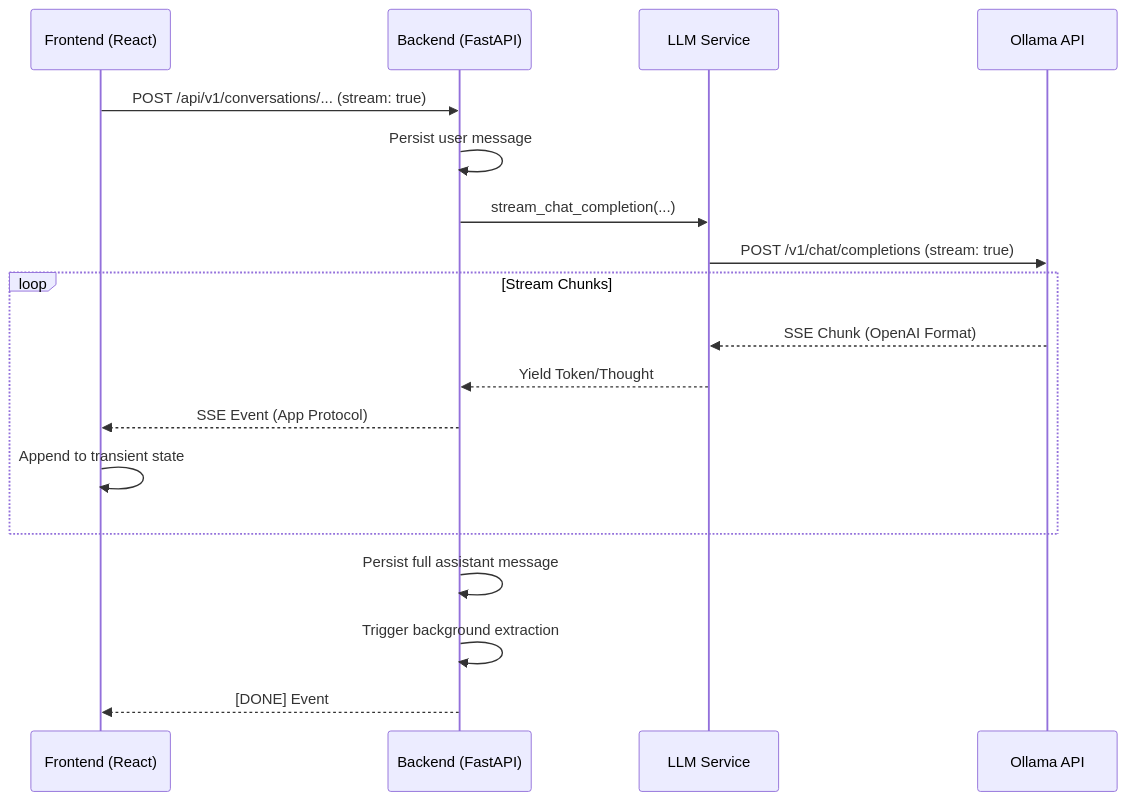
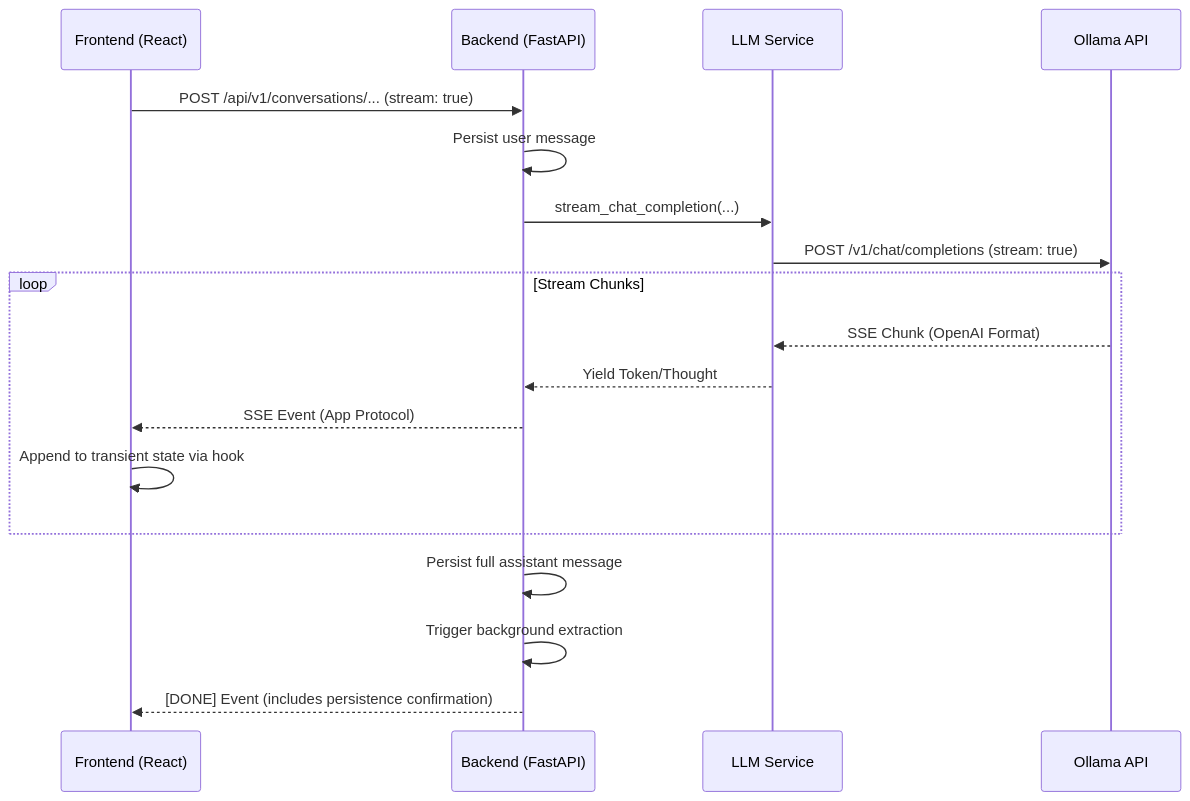
One commit to sjlangley/family-assistant changed the diagram in docs/STREAMING_RESPONSES_PRD.md. Above: the diagram before and after it, drawn with Mermaid. The commit also changed other lines of this file, not shown here.

Commit message:
docs: finalized technical flow and refined rollout plan in Streaming PRD

````diff
--- a/docs/STREAMING_RESPONSES_PRD.md
+++ b/docs/STREAMING_RESPONSES_PRD.md
@@ -183,23 +182,23 @@
 ```mermaid
 sequenceDiagram
     participant UI as Frontend (React)
     participant BE as Backend (FastAPI)
     participant LLM as LLM Service
     participant OLL as Ollama API
 
     UI->>BE: POST /api/v1/conversations/... (stream: true)
     BE->>BE: Persist user message
     BE->>LLM: stream_chat_completion(...)
     LLM->>OLL: POST /v1/chat/completions (stream: true)
     
     loop Stream Chunks
         OLL-->>LLM: SSE Chunk (OpenAI Format)
         LLM-->>BE: Yield Token/Thought
         BE-->>UI: SSE Event (App Protocol)
-        UI->>UI: Append to transient state
+        UI->>UI: Append to transient state via hook
     end
 
     BE->>BE: Persist full assistant message
     BE->>BE: Trigger background extraction
-    BE-->>UI: [DONE] Event
+    BE-->>UI: [DONE] Event (includes persistence confirmation)
 ```
````
